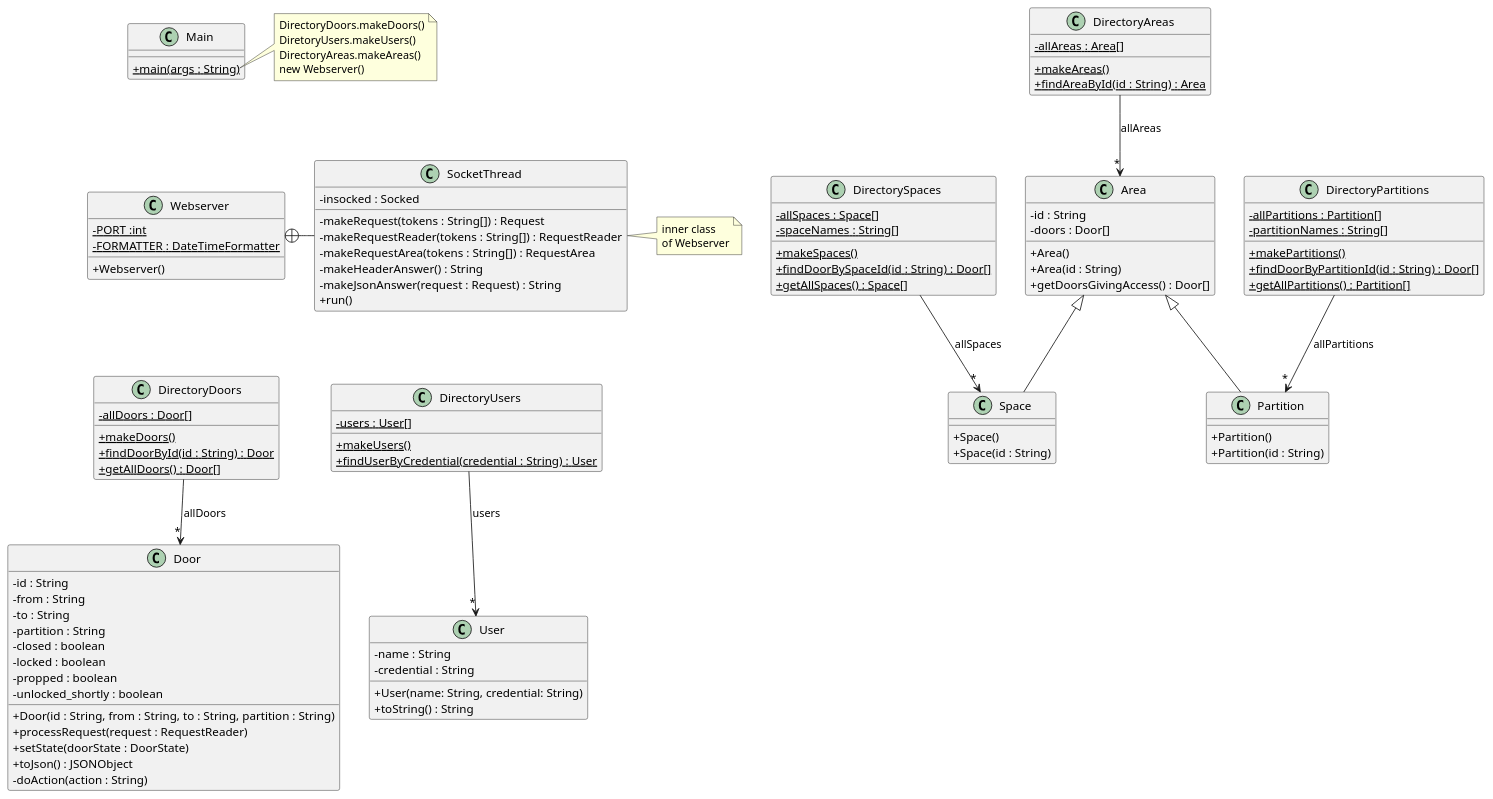
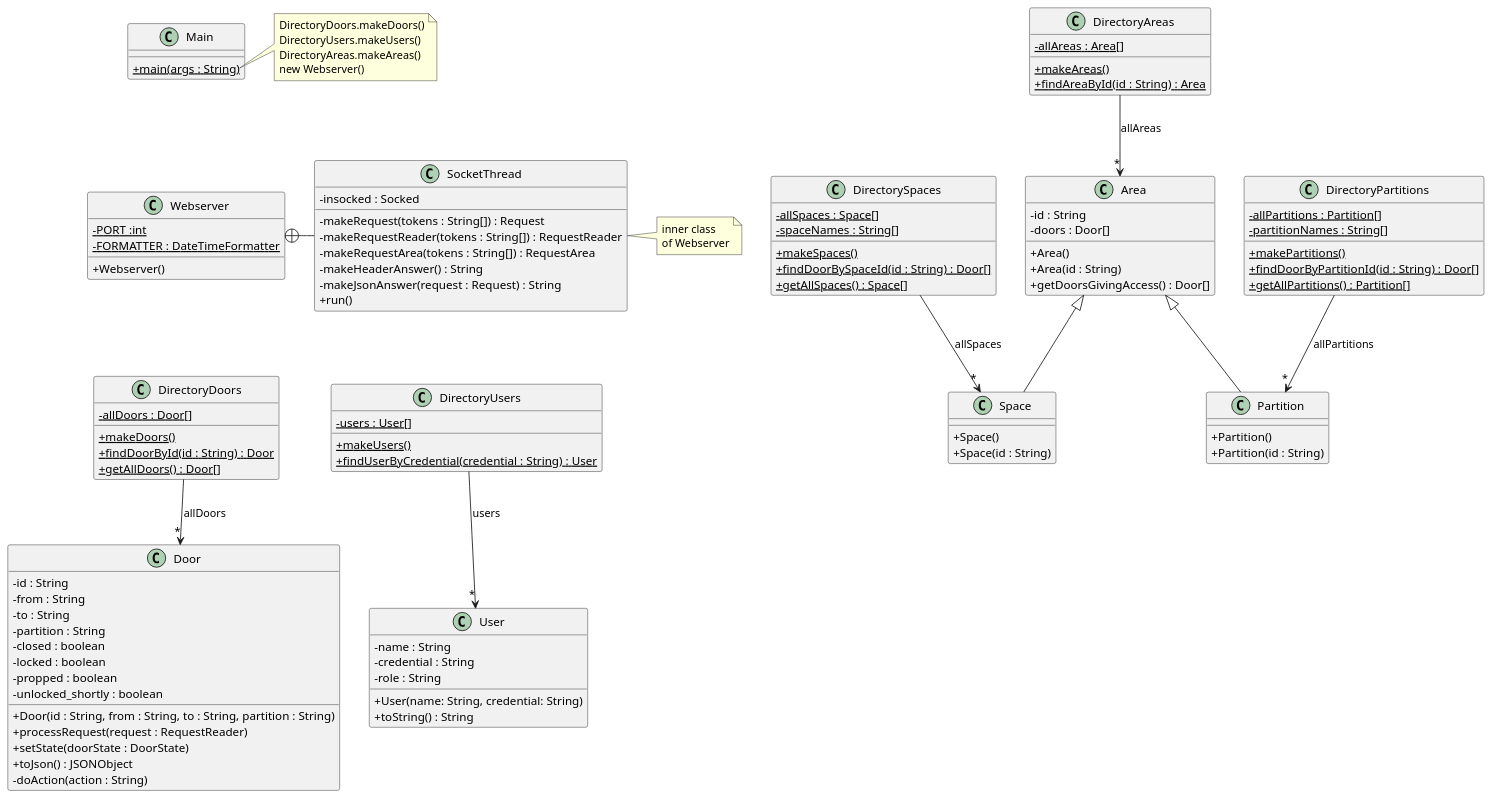
One commit to davidal15/Projecte-DS changed the diagram in src/baseNoStates/uml/base_no_states.puml. Above: the diagram before and after it, drawn with PlantUML.

Commit message:
1.7.1 baseNoStates UML updated

```diff
--- a/src/baseNoStates/uml/base_no_states.puml
+++ b/src/baseNoStates/uml/base_no_states.puml
@@ -1,138 +1,139 @@
 @startuml
 'https://plantuml.com/class-diagram
 skinparam classAttributeIconSize 0
 
 class Webserver {
 - {static} PORT :int
 - {static} FORMATTER : DateTimeFormatter
 + Webserver()
 }
 
 class SocketThread {
 - insocked : Socked
 - makeRequest(tokens : String[]) : Request
 - makeRequestReader(tokens : String[]) : RequestReader
 - makeRequestArea(tokens : String[]) : RequestArea
 - makeHeaderAnswer() : String
 - makeJsonAnswer(request : Request) : String
 + run()
 }
 
 Webserver +-right- SocketThread
 
 note right of SocketThread
 inner class
 of Webserver
 end note
 
 class DirectoryDoors {
 - {static} allDoors : Door[]
 + {static} makeDoors()
 + {static} findDoorById(id : String) : Door
 + {static} getAllDoors() : Door[]
 }
 
 DirectoryDoors --> "*" Door : "allDoors"
 
 class DirectoryUsers {
 - {static} users : User[]
 + {static} makeUsers()
 + {static} findUserByCredential(credential : String) : User
 }
 
 DirectoryUsers --> "*" User : "users"
 
 class DirectorySpaces {
 -{static} allSpaces : Space[]
 -{static} spaceNames : String[]
 +{static} makeSpaces()
 +{static} findDoorBySpaceId(id : String) : Door[]
 +{static} getAllSpaces() : Space[]
 }
 
 DirectorySpaces --> "*" Space : "allSpaces"
 
 class DirectoryPartitions {
 -{static} allPartitions : Partition[]
 -{static} partitionNames : String[]
 +{static} makePartitions()
 +{static} findDoorByPartitionId(id : String) : Door[]
 +{static} getAllPartitions() : Partition[]
 }
 
 DirectoryPartitions --> "*" Partition : "allPartitions"
 
 class DirectoryAreas {
 - {static} allAreas : Area[]
 + {static} makeAreas()
 + {static} findAreaById(id : String) : Area
 
 }
 
 DirectoryAreas --> "*" Area : "allAreas"
 
 
 class Door {
 - id : String
 - from : String
 - to : String
 - partition : String
 - closed : boolean
 - locked : boolean
 - propped : boolean
 - unlocked_shortly : boolean
 + Door(id : String, from : String, to : String, partition : String)
 + processRequest(request : RequestReader)
 + setState(doorState : DoorState)
 + toJson() : JSONObject
 '+ toString() : String
 '+ isClosed() :boolean
 '+ setClosed(b : boolean)
 '+ getStateName() : String
 - doAction(action : String)
 }
 
 
 class User {
 - name : String
 - credential : String
+- role : String
 + User(name: String, credential: String)
 + toString() : String
 }
 
 class Space {
 + Space()
 + Space(id : String)
 }
 
 class Partition {
 + Partition()
 + Partition(id : String)
 }
 
 class Area {
 - id : String
 - doors : Door[]
 + Area()
 + Area(id : String)
 + getDoorsGivingAccess() : Door[]
 }
 
 Area <|-- Space
 Area <|-- Partition
 
 class Main {
 + {static} main(args : String)
 }
 
 note right of Main::main
 DirectoryDoors.makeDoors()
-DiretoryUsers.makeUsers()
+DirectoryUsers.makeUsers()
 DirectoryAreas.makeAreas()
 new Webserver()
 end note
 
 Main -[hidden]down- Webserver
 Webserver -[hidden]down- DirectoryDoors
 DirectoryDoors -[hidden]right- DirectoryUsers
 @enduml
```
